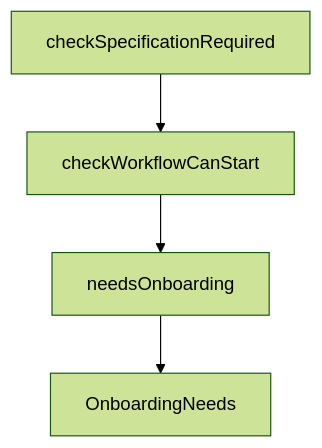
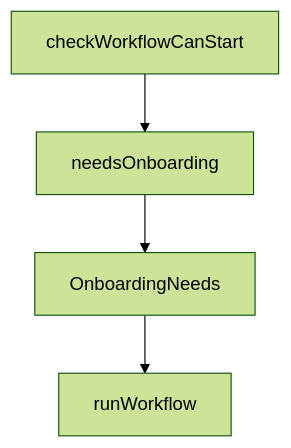
The diagram in tutorials/codemachine-cli-tutorial/06-persistence-and-long-running-jobs.md (johnxie/awesome-code-docs), drawn with Mermaid (forest theme) before and after one commit. The commit also changed other lines of this file and 1232 other files, not shown here.

````diff
--- a/tutorials/codemachine-cli-tutorial/06-persistence-and-long-running-jobs.md
+++ b/tutorials/codemachine-cli-tutorial/06-persistence-and-long-running-jobs.md
@@ -171,10 +169,10 @@
 ```mermaid
 flowchart TD
-    A[checkSpecificationRequired]
-    B[checkWorkflowCanStart]
-    C[needsOnboarding]
-    D[OnboardingNeeds]
+    A[checkWorkflowCanStart]
+    B[needsOnboarding]
+    C[OnboardingNeeds]
+    D[runWorkflow]
     A --> B
     B --> C
     C --> D
 ```
````
